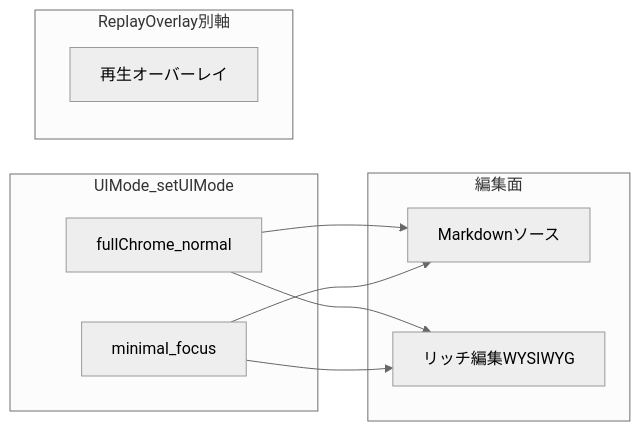
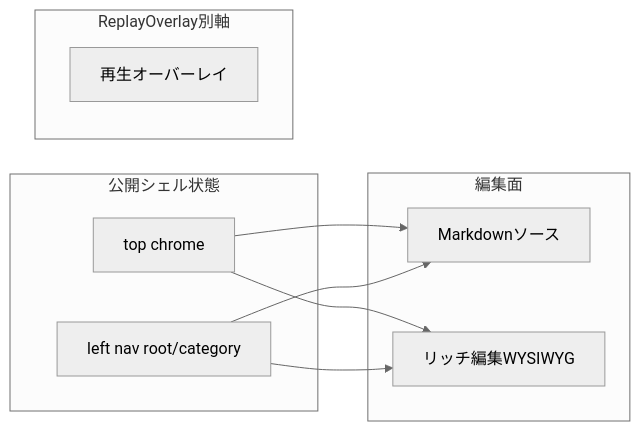
The diagram in docs/INTERACTION_NOTES.md (YuShimoji/WritingPage), drawn with Mermaid (neutral theme) before and after one commit. The commit also changed other lines of this file and 66 other files, not shown here.

````diff
--- a/docs/INTERACTION_NOTES.md
+++ b/docs/INTERACTION_NOTES.md
@@ -89,18 +111,18 @@
 ```mermaid
 flowchart LR
-  subgraph uiMode [UIMode_setUIMode]
-    Normal[fullChrome_normal]
-    Focus[minimal_focus]
+  subgraph shell [公開シェル状態]
+    TopChrome[top chrome]
+    LeftNav[left nav root/category]
   end
   subgraph overlay [ReplayOverlay別軸]
     Replay[再生オーバーレイ]
   end
   subgraph editSurface [編集面]
     Md[Markdownソース]
     Wys[リッチ編集WYSIWYG]
   end
-  Normal --> Md
-  Normal --> Wys
-  Focus --> Md
-  Focus --> Wys
+  TopChrome --> Md
+  TopChrome --> Wys
+  LeftNav --> Md
+  LeftNav --> Wys
 ```
````
